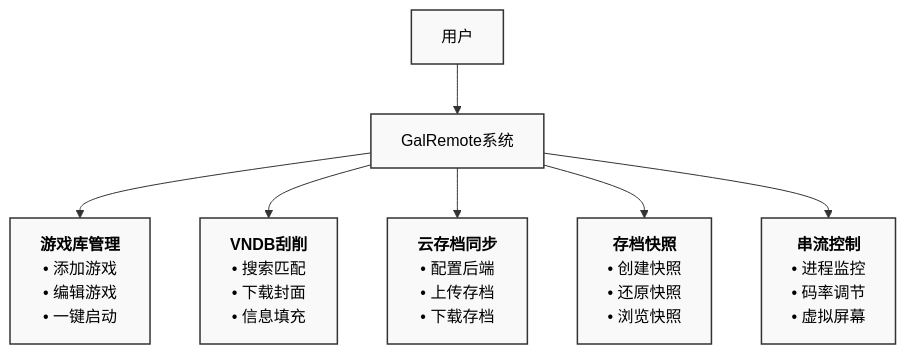
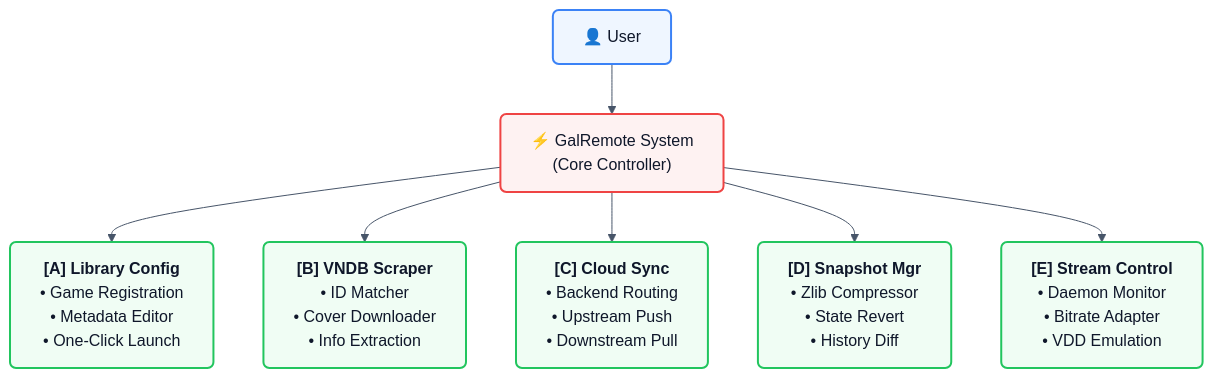
Before and after one commit to Roxy-DD/galremote: the diagram in thesis/01_需求分析.md, drawn with Mermaid. The commit also changed 1 other file, not shown here.

Commit message:
style(thesis): refactor all diagrams to top-tier academic English flat style

````diff
--- a/thesis/01_需求分析.md
+++ b/thesis/01_需求分析.md
@@ -13,13 +13,16 @@
 ```mermaid
+%%{init: {'theme': 'base', 'themeVariables': { 'fontFamily': 'arial', 'primaryColor': '#E2E8F0', 'edgeLabelBackground': '#ffffff', 'primaryTextColor': '#1E293B', 'lineColor': '#475569'}}}%%
 graph TD
-    User["用户"] --> Sys["GalRemote系统"]
-    
-    Sys --> M1["<b>游戏库管理</b><br>• 添加游戏<br>• 编辑游戏<br>• 一键启动"]
-    Sys --> M2["<b>VNDB刮削</b><br>• 搜索匹配<br>• 下载封面<br>• 信息填充"]
-    Sys --> M3["<b>云存档同步</b><br>• 配置后端<br>• 上传存档<br>• 下载存档"]
-    Sys --> M4["<b>存档快照</b><br>• 创建快照<br>• 还原快照<br>• 浏览快照"]
-    Sys --> M5["<b>串流控制</b><br>• 进程监控<br>• 码率调节<br>• 虚拟屏幕"]
+    classDef default fill:#F8FAFC,stroke:#94A3B8,stroke-width:2px,color:#0F172A,rx:6px,ry:6px;
+    classDef user fill:#EFF6FF,stroke:#3B82F6,stroke-width:2px;
+    classDef core fill:#F0FDF4,stroke:#22C55E,stroke-width:2px;
+    classDef sys fill:#FEF2F2,stroke:#EF4444,stroke-width:2px;
 
-    %% 强制排布成网格阵列，并统一样式
-    classDef default fill:#f9f9f9,stroke:#333,stroke-width:1.5px,color:#000,text-align:center;
+    User["👤 User"]:::user --> Sys["⚡ GalRemote System\n(Core Controller)"]:::sys
+
+    Sys --> M1["<b>[A] Library Config</b><br/>• Game Registration<br/>• Metadata Editor<br/>• One-Click Launch"]:::core
+    Sys --> M2["<b>[B] VNDB Scraper</b><br/>• ID Matcher<br/>• Cover Downloader<br/>• Info Extraction"]:::core
+    Sys --> M3["<b>[C] Cloud Sync</b><br/>• Backend Routing<br/>• Upstream Push<br/>• Downstream Pull"]:::core
+    Sys --> M4["<b>[D] Snapshot Mgr</b><br/>• Zlib Compressor<br/>• State Revert<br/>• History Diff"]:::core
+    Sys --> M5["<b>[E] Stream Control</b><br/>• Daemon Monitor<br/>• Bitrate Adapter<br/>• VDD Emulation"]:::core
 ```
````
